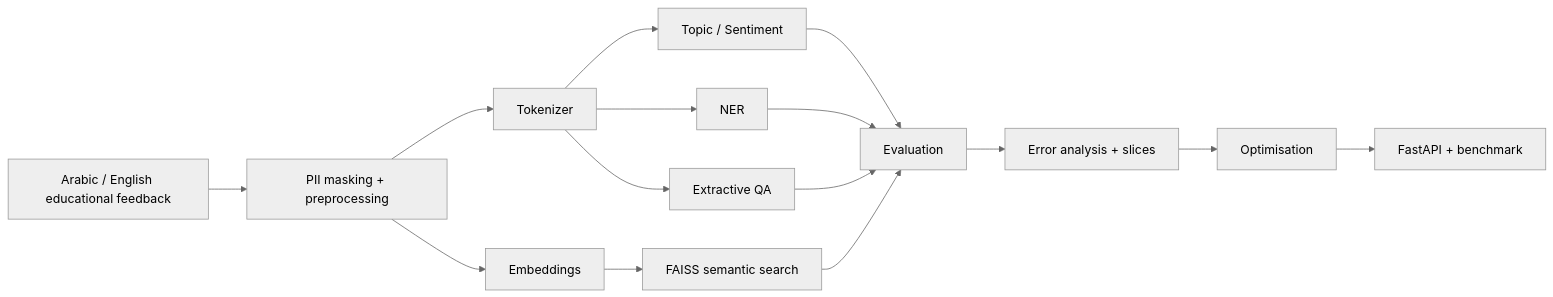
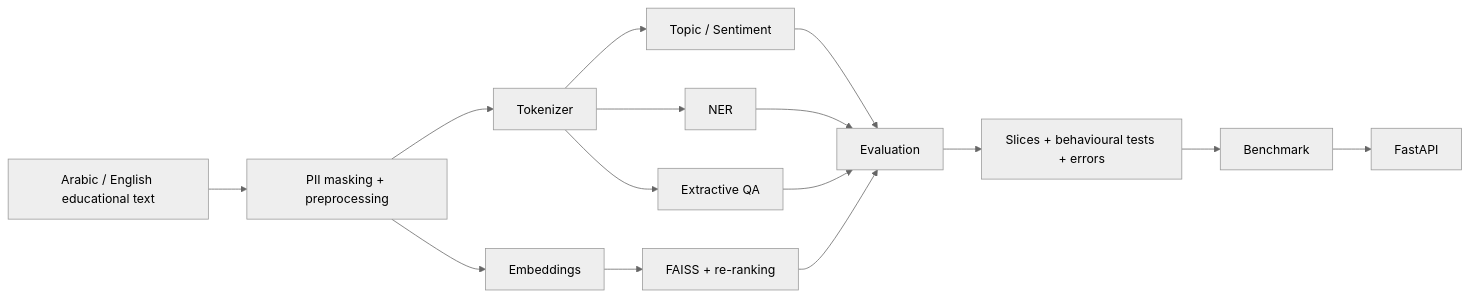
One commit to Yousef0197/sda_nlp-bayan-capstone changed the diagram in README.md. Above: the diagram before and after it, drawn with Mermaid (neutral theme). The commit also changed other lines of this file, not shown here.

````diff
--- a/README.md
+++ b/README.md
@@ -165,19 +163,17 @@
 ```mermaid
 flowchart LR
-    A["Arabic / English educational feedback"] --> B["PII masking + preprocessing"]
+    A["Arabic / English educational text"] --> B["PII masking + preprocessing"]
     B --> C["Tokenizer"]
     C --> D["Topic / Sentiment"]
     C --> E["NER"]
     C --> F["Extractive QA"]
     B --> G["Embeddings"]
-    G --> H["FAISS semantic search"]
-
+    G --> H["FAISS + re-ranking"]
     D --> I["Evaluation"]
     E --> I
     F --> I
     H --> I
-
-    I --> J["Error analysis + slices"]
-    J --> K["Optimisation"]
-    K --> L["FastAPI + benchmark"]
+    I --> J["Slices + behavioural tests + errors"]
+    J --> K["Benchmark"]
+    K --> L["FastAPI"]
 ```
````
